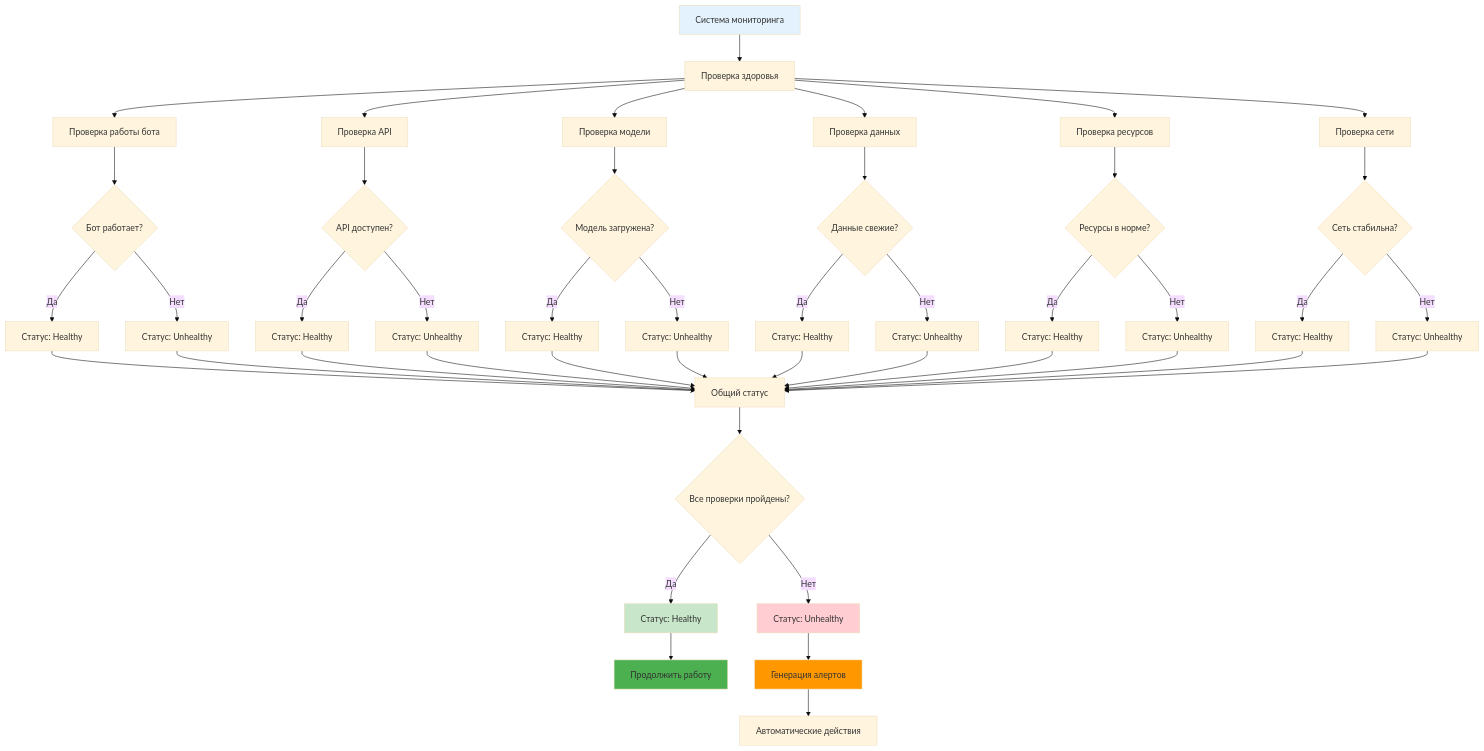
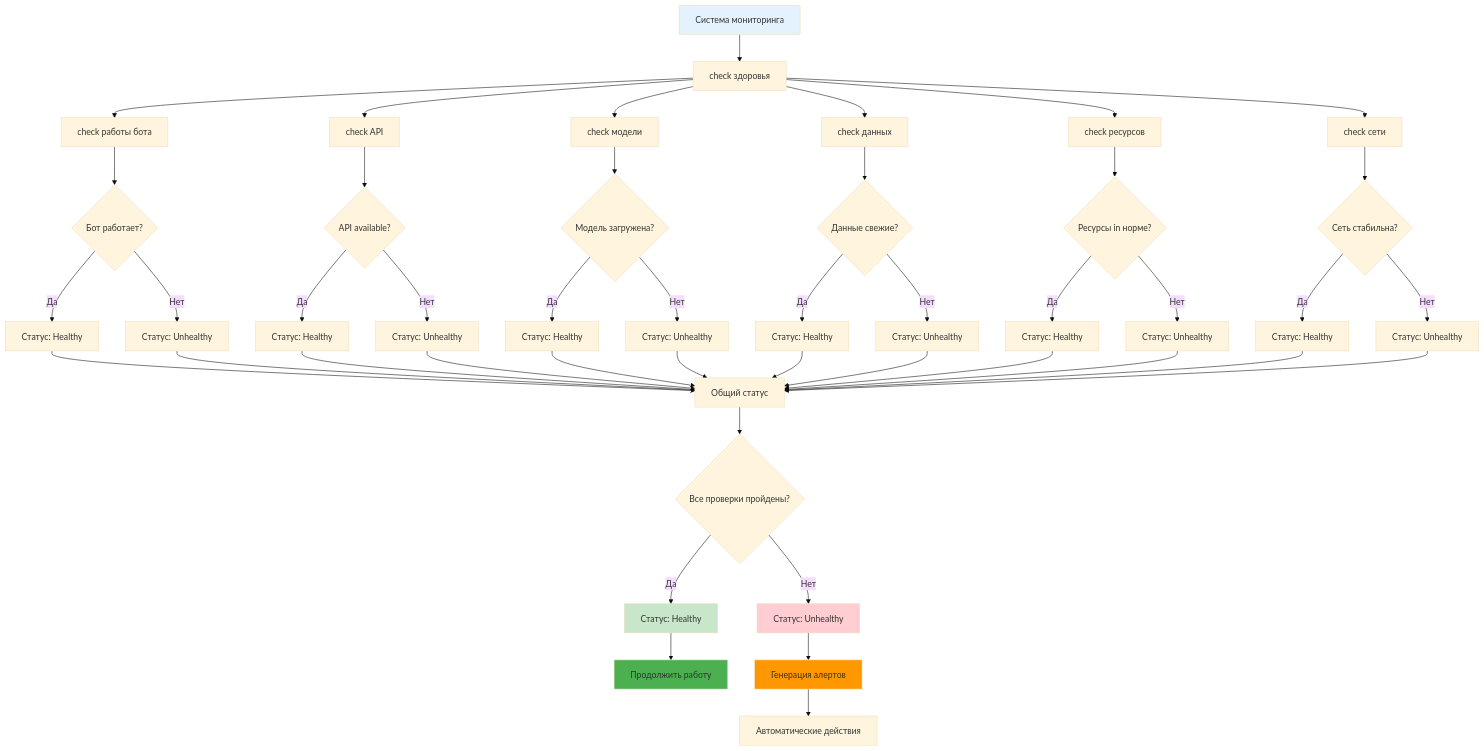
Before and after one commit to NeoZorK/neozork-hld-prediction: the fifth of 8 diagrams in docs/automl/gluon/27_trading_bot_monitoring.md, drawn with Mermaid (base theme). The commit also changed other lines of this file and 19 other files, not shown here.

````diff
--- a/docs/automl/gluon/27_trading_bot_monitoring.md
+++ b/docs/automl/gluon/27_trading_bot_monitoring.md
@@ -1841,62 +1841,62 @@
 ```mermaid
 graph TD
-    A[Система мониторинга] --> B[Проверка здоровья]
-    
-    B --> C[Проверка работы бота]
-    B --> D[Проверка API]
-    B --> E[Проверка модели]
-    B --> F[Проверка данных]
-    B --> G[Проверка ресурсов]
-    B --> H[Проверка сети]
-    
-    C --> C1{Бот работает?}
-    C1 -->|Да| C2[Статус: Healthy]
-    C1 -->|Нет| C3[Статус: Unhealthy]
-    
-    D --> D1{API доступен?}
-    D1 -->|Да| D2[Статус: Healthy]
-    D1 -->|Нет| D3[Статус: Unhealthy]
-    
-    E --> E1{Модель загружена?}
-    E1 -->|Да| E2[Статус: Healthy]
-    E1 -->|Нет| E3[Статус: Unhealthy]
-    
-    F --> F1{Данные свежие?}
-    F1 -->|Да| F2[Статус: Healthy]
-    F1 -->|Нет| F3[Статус: Unhealthy]
-    
-    G --> G1{Ресурсы в норме?}
-    G1 -->|Да| G2[Статус: Healthy]
-    G1 -->|Нет| G3[Статус: Unhealthy]
-    
-    H --> H1{Сеть стабильна?}
-    H1 -->|Да| H2[Статус: Healthy]
-    H1 -->|Нет| H3[Статус: Unhealthy]
-    
-    C2 --> I[Общий статус]
-    C3 --> I
-    D2 --> I
-    D3 --> I
-    E2 --> I
-    E3 --> I
-    F2 --> I
-    F3 --> I
-    G2 --> I
-    G3 --> I
-    H2 --> I
-    H3 --> I
-    
-    I --> J{Все проверки пройдены?}
-    J -->|Да| K[Статус: Healthy]
-    J -->|Нет| L[Статус: Unhealthy]
-    
-    K --> M[Продолжить работу]
-    L --> N[Генерация алертов]
-    N --> O[Автоматические действия]
-    
-    style A fill:#e3f2fd
-    style K fill:#c8e6c9
-    style L fill:#ffcdd2
-    style M fill:#4caf50
-    style N fill:#ff9800
+ A[Система мониторинга] --> B[check здоровья]
+
+ B --> C[check работы бота]
+ B --> D[check API]
+ B --> E[check модели]
+ B --> F[check данных]
+ B --> G[check ресурсов]
+ B --> H[check сети]
+
+ C --> C1{Бот работает?}
+ C1 -->|Да| C2[Статус: Healthy]
+ C1 -->|Нет| C3[Статус: Unhealthy]
+
+ D --> D1{API available?}
+ D1 -->|Да| D2[Статус: Healthy]
+ D1 -->|Нет| D3[Статус: Unhealthy]
+
+ E --> E1{Модель загружена?}
+ E1 -->|Да| E2[Статус: Healthy]
+ E1 -->|Нет| E3[Статус: Unhealthy]
+
+ F --> F1{Данные свежие?}
+ F1 -->|Да| F2[Статус: Healthy]
+ F1 -->|Нет| F3[Статус: Unhealthy]
+
+ G --> G1{Ресурсы in норме?}
+ G1 -->|Да| G2[Статус: Healthy]
+ G1 -->|Нет| G3[Статус: Unhealthy]
+
+ H --> H1{Сеть стабильна?}
+ H1 -->|Да| H2[Статус: Healthy]
+ H1 -->|Нет| H3[Статус: Unhealthy]
+
+ C2 --> I[Общий статус]
+ C3 --> I
+ D2 --> I
+ D3 --> I
+ E2 --> I
+ E3 --> I
+ F2 --> I
+ F3 --> I
+ G2 --> I
+ G3 --> I
+ H2 --> I
+ H3 --> I
+
+ I --> J{Все проверки пройдены?}
+ J -->|Да| K[Статус: Healthy]
+ J -->|Нет| L[Статус: Unhealthy]
+
+ K --> M[Продолжить работу]
+ L --> N[Генерация алертов]
+ N --> O[Автоматические действия]
+
+ style A fill:#e3f2fd
+ style K fill:#c8e6c9
+ style L fill:#ffcdd2
+ style M fill:#4caf50
+ style N fill:#ff9800
 ```
````
